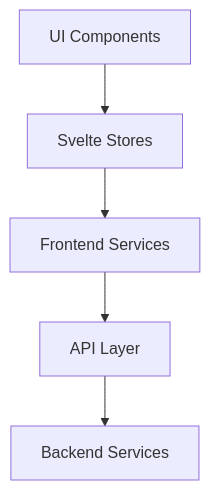
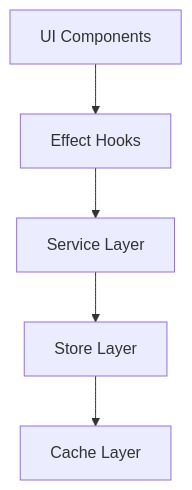
Before and after one commit to caramoussin/webinsight: the second of 3 diagrams in memory-bank/systemPatterns.md, drawn with Mermaid. The commit also changed other lines of this file and 4 other files, not shown here.

First line of the commit message:
feat: Introduce Effect Patterns documentation for enhanced architecture and best practices

````diff
--- a/memory-bank/systemPatterns.md
+++ b/memory-bank/systemPatterns.md
@@ -6,7 +40,7 @@
 ```mermaid
 flowchart TD
-    UI[UI Components] --> Store[Svelte Stores]
-    Store --> Services[Frontend Services]
-    Services --> API[API Layer]
-    API --> Backend[Backend Services]
+    UI[UI Components] --> Effects[Effect Hooks]
+    Effects --> Services[Service Layer]
+    Services --> Stores[Store Layer]
+    Stores --> Cache[Cache Layer]
 ```
````
